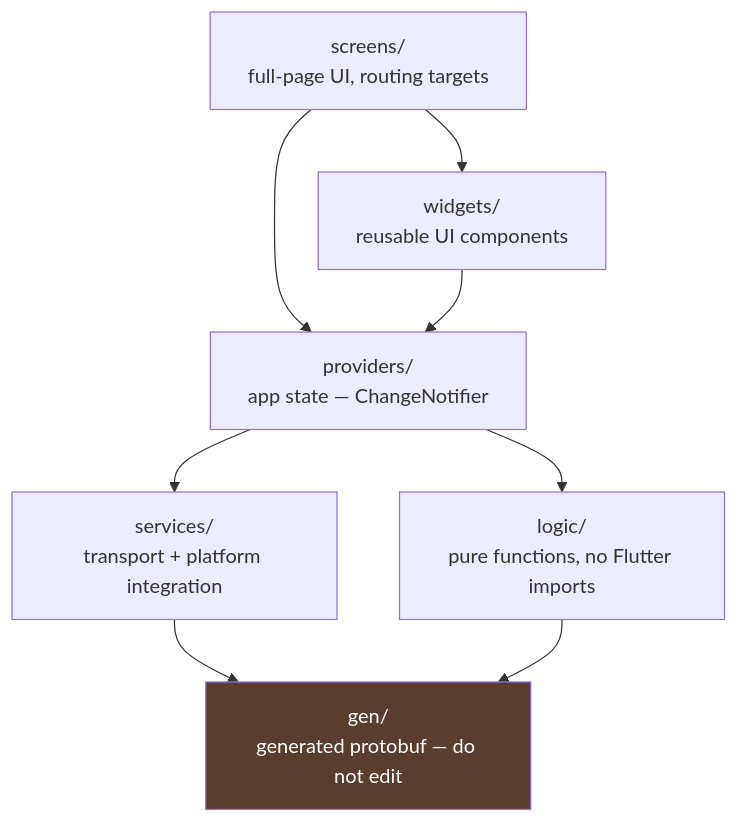
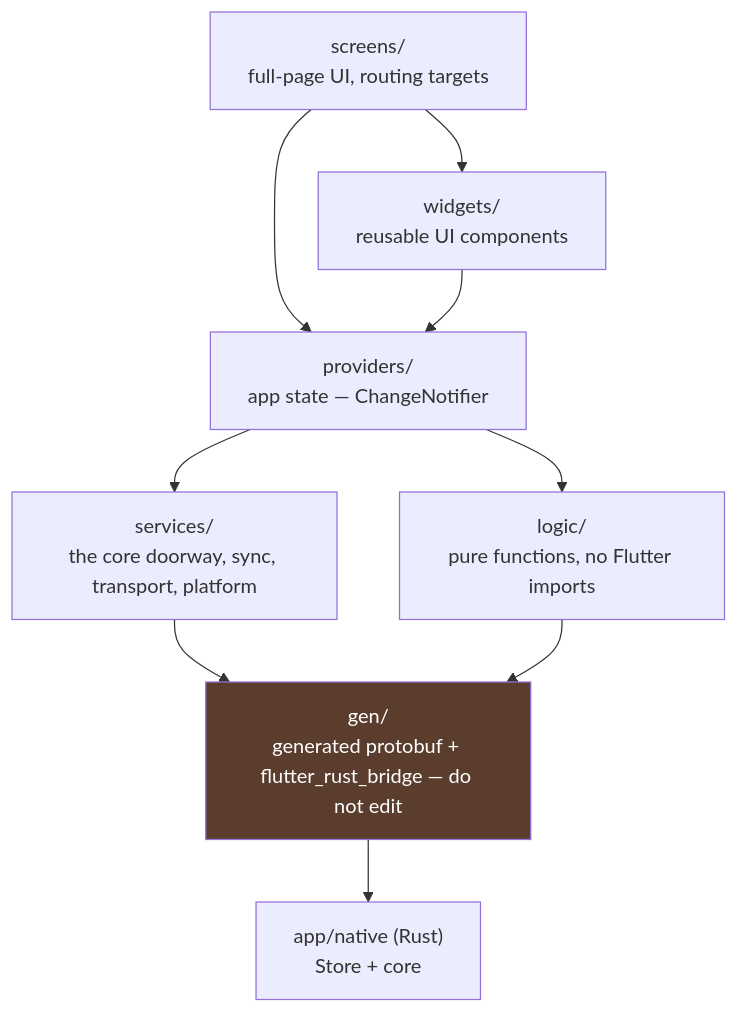
One commit to brensch/lift changed the first of 6 diagrams in docs/architecture/app.md. Above: the diagram before and after it, drawn with Mermaid. The commit also changed other lines of this file and 214 other files, not shown here.

First line of the commit message:
Local-first: the Rust core on the phone (#74)

````diff
--- a/docs/architecture/app.md
+++ b/docs/architecture/app.md
@@ -8,19 +10,21 @@
 ```mermaid
 graph TD
     screens["screens/<br/>full-page UI, routing targets"]
     widgets["widgets/<br/>reusable UI components"]
     providers["providers/<br/>app state — ChangeNotifier"]
-    services["services/<br/>transport + platform integration"]
+    services["services/<br/>the core doorway, sync, transport, platform"]
     logic["logic/<br/>pure functions, no Flutter imports"]
-    gen["gen/<br/>generated protobuf — do not edit"]
+    gen["gen/<br/>generated protobuf + flutter_rust_bridge — do not edit"]
+    native["app/native (Rust)<br/>Store + core"]
 
     screens --> widgets
     screens --> providers
     widgets --> providers
     providers --> services
     providers --> logic
     services --> gen
+    gen --> native
     logic --> gen
 
     style gen fill:#5a3d2d,color:#fff
 ```
````
